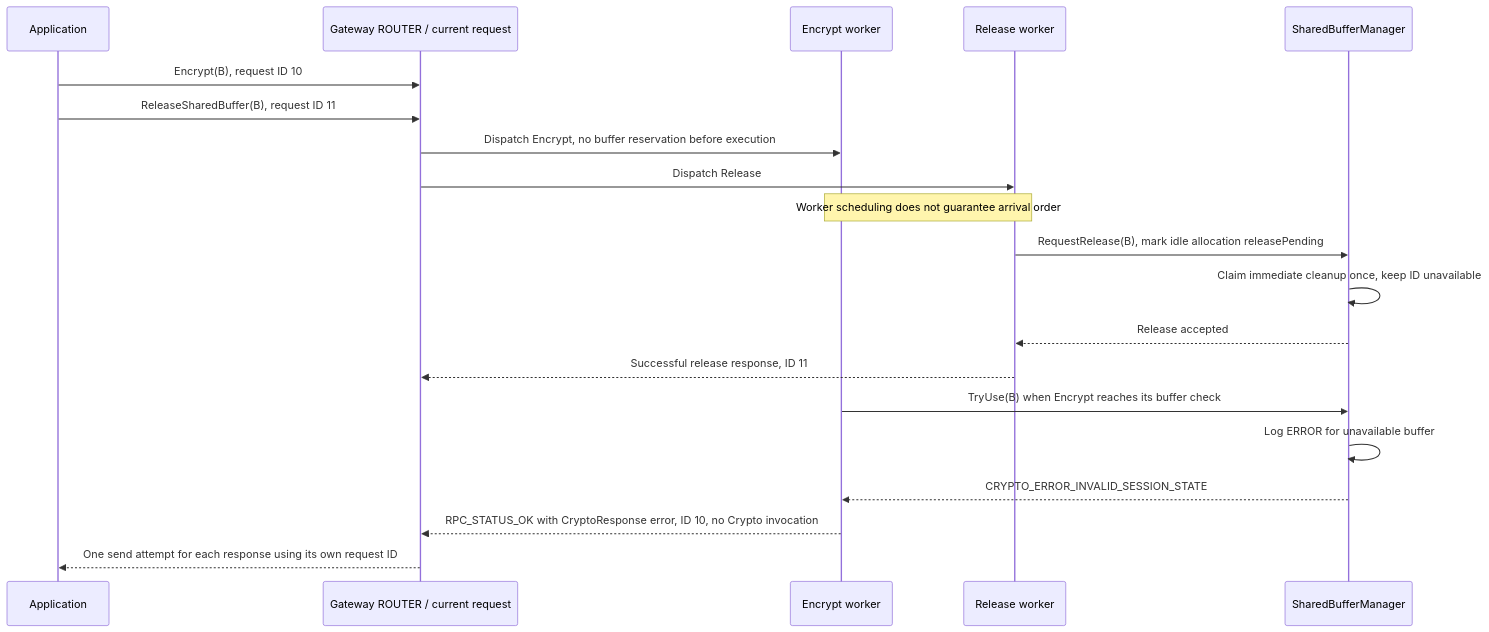
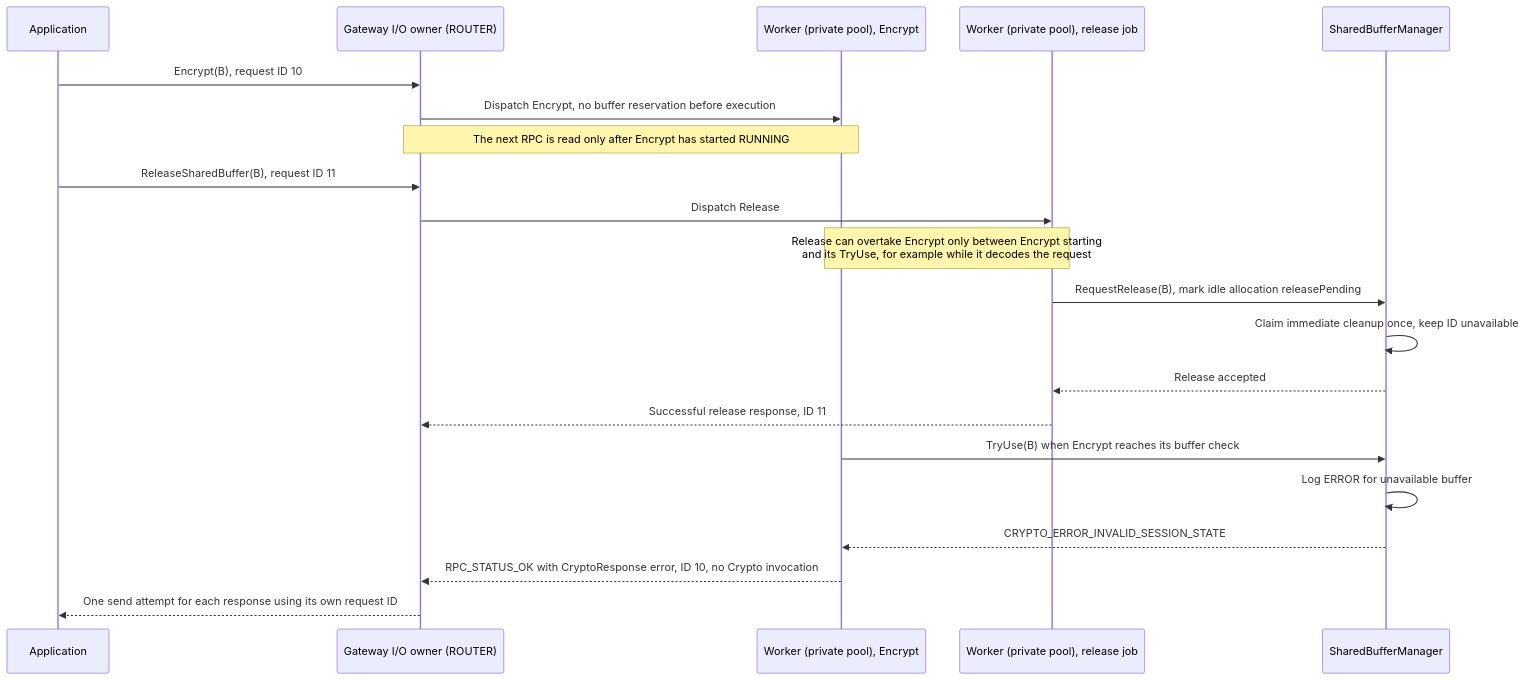
Diagram 11 of 19 in doc/EyilGateway.md (rdkcentral/eyil-secure-gateway), drawn with Mermaid before and after one commit. The commit also changed other lines of this file and 1 other file, not shown here.

Commit message:
RDKEMW-27976: Fix UML charts

````diff
--- a/doc/EyilGateway.md
+++ b/doc/EyilGateway.md
@@ -1779,22 +1613,23 @@
 ```mermaid
 sequenceDiagram
     participant A as Application
-    participant R as Gateway ROUTER / current request
-    participant E as Encrypt worker
-    participant F as Release worker
+    participant R as Gateway I/O owner (ROUTER)
+    participant E as Worker (private pool), Encrypt
+    participant F as Worker (private pool), release job
     participant B as SharedBufferManager
     A->>R: Encrypt(B), request ID 10
+    R->>E: Dispatch Encrypt, no buffer reservation before execution
+    Note over R,E: The next RPC is read only after Encrypt has started RUNNING
     A->>R: ReleaseSharedBuffer(B), request ID 11
-    R->>E: Dispatch Encrypt, no buffer reservation before execution
     R->>F: Dispatch Release
-    Note over E,F: Worker scheduling does not guarantee arrival order
+    Note over E,F: Release can overtake Encrypt only between Encrypt starting<br/>and its TryUse, for example while it decodes the request
     F->>B: RequestRelease(B), mark idle allocation releasePending
     B->>B: Claim immediate cleanup once, keep ID unavailable
     B-->>F: Release accepted
     F-->>R: Successful release response, ID 11
     E->>B: TryUse(B) when Encrypt reaches its buffer check
     B->>B: Log ERROR for unavailable buffer
     B-->>E: CRYPTO_ERROR_INVALID_SESSION_STATE
     E-->>R: RPC_STATUS_OK with CryptoResponse error, ID 10, no Crypto invocation
     R-->>A: One send attempt for each response using its own request ID
 ```
````
